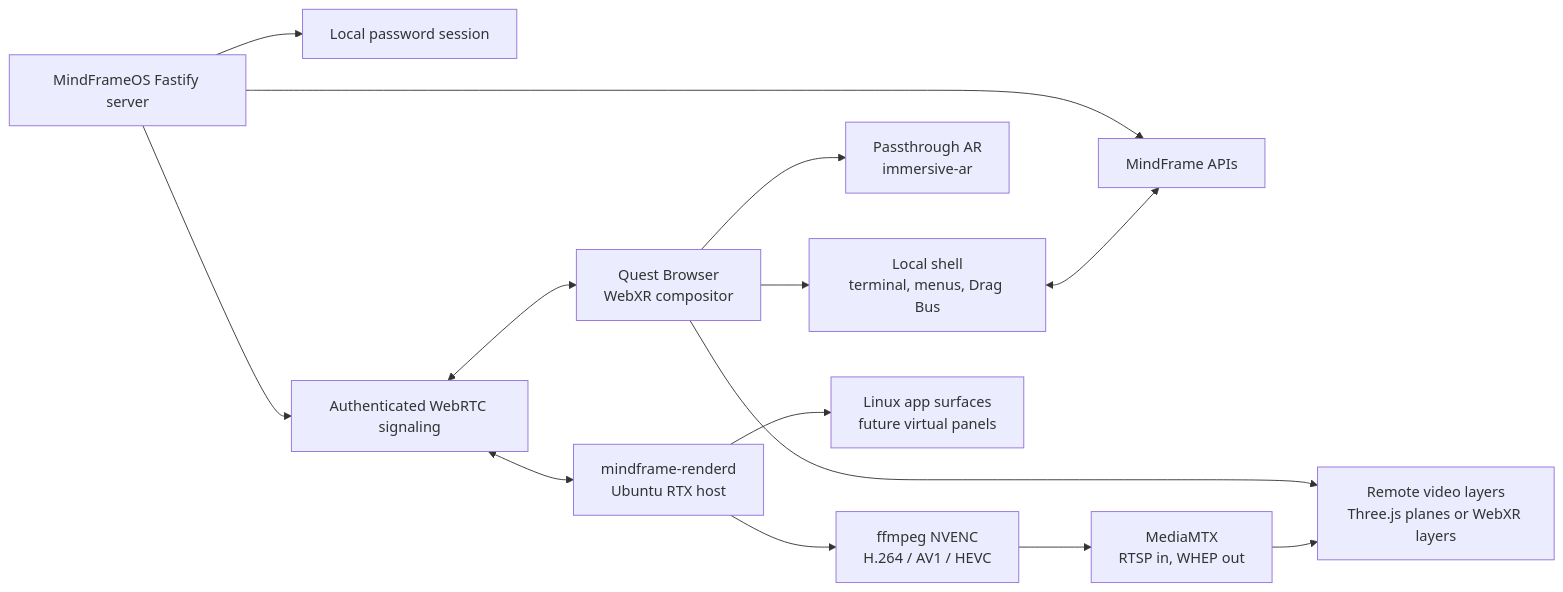
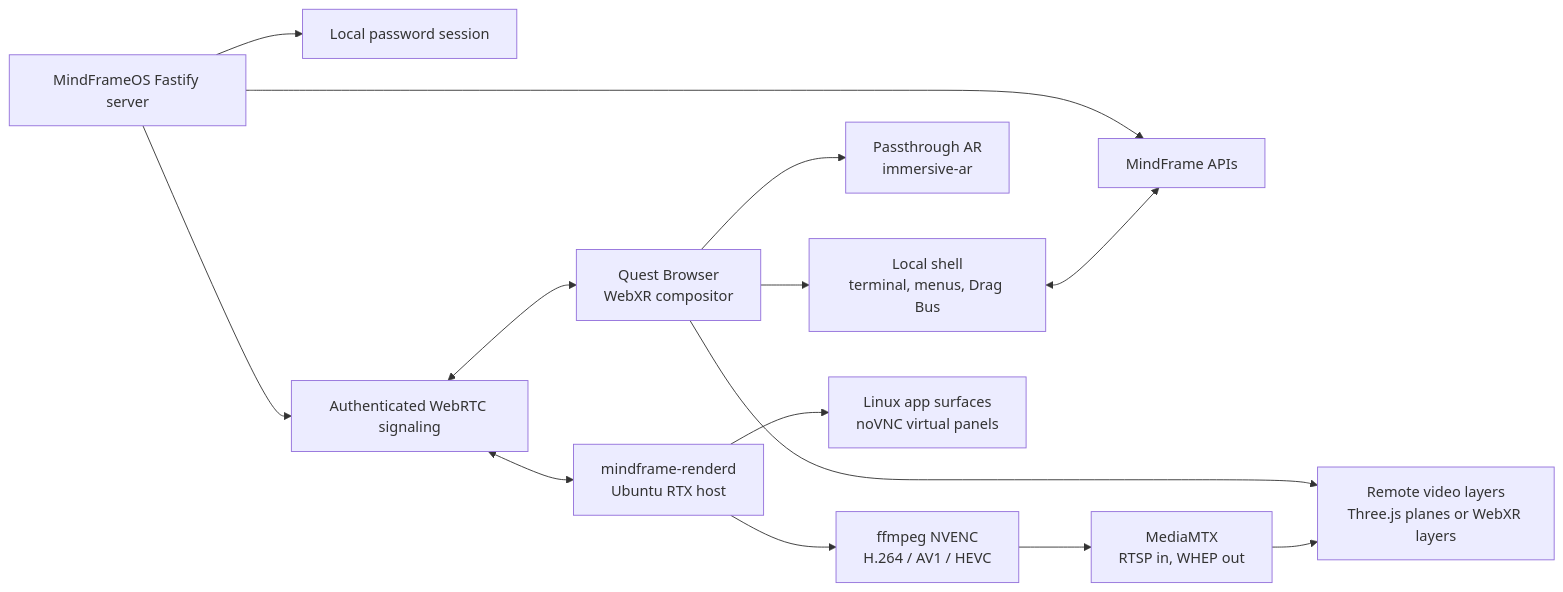
Before and after one commit to MiLO83/MindFrameOS: the diagram in README.md, drawn with Mermaid. The commit also changed other lines of this file, not shown here.

Commit message:
docs: mark novnc app surface stack complete

````diff
--- a/README.md
+++ b/README.md
@@ -76,19 +77,19 @@
 ```mermaid
 flowchart LR
   Quest["Quest Browser<br/>WebXR compositor"] --> Shell["Local shell<br/>terminal, menus, Drag Bus"]
   Quest --> AR["Passthrough AR<br/>immersive-ar"]
   Quest --> Layers["Remote video layers<br/>Three.js planes or WebXR layers"]
 
   Server["MindFrameOS Fastify server"] --> Auth["Local password session"]
   Server --> API["MindFrame APIs"]
   Server --> Signal["Authenticated WebRTC signaling"]
 
   Renderd["mindframe-renderd<br/>Ubuntu RTX host"] --> NVENC["ffmpeg NVENC<br/>H.264 / AV1 / HEVC"]
-  Renderd --> Apps["Linux app surfaces<br/>future virtual panels"]
+  Renderd --> Apps["Linux app surfaces<br/>noVNC virtual panels"]
   NVENC --> MediaMTX["MediaMTX<br/>RTSP in, WHEP out"]
   MediaMTX --> Layers
 
   Shell <--> API
   Signal <--> Renderd
   Signal <--> Quest
 ```
````
